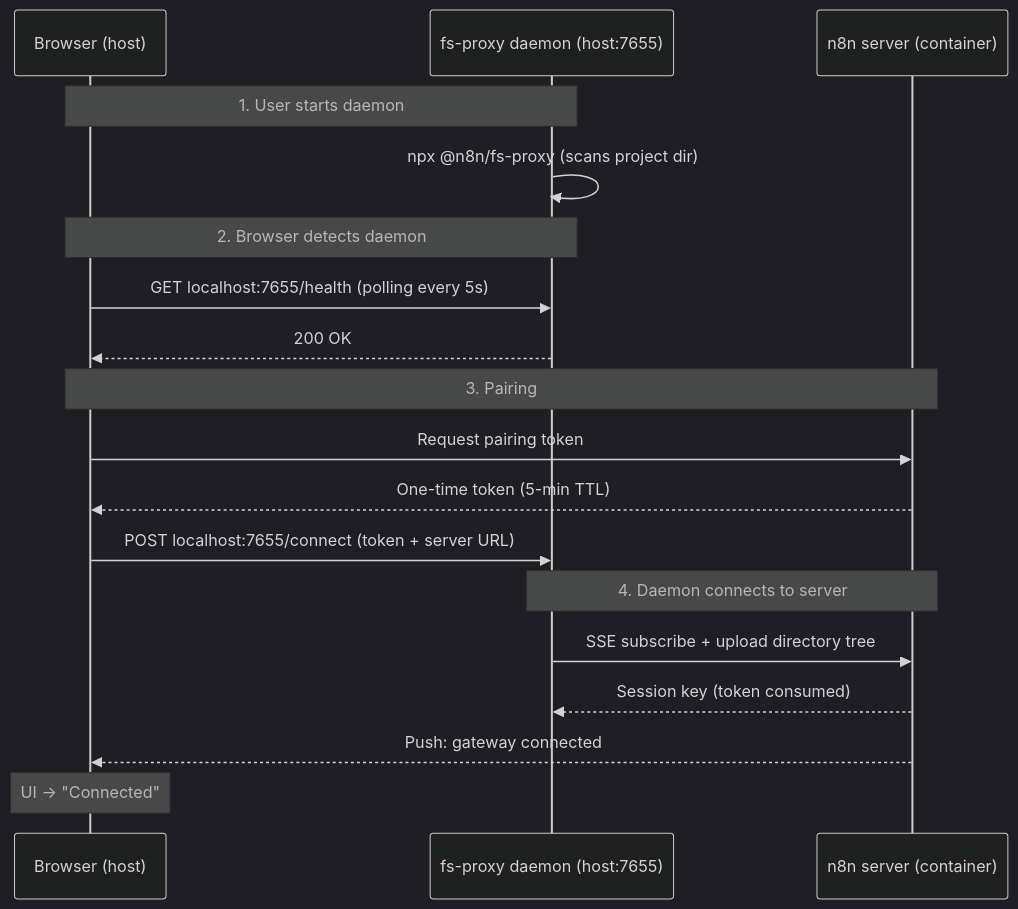
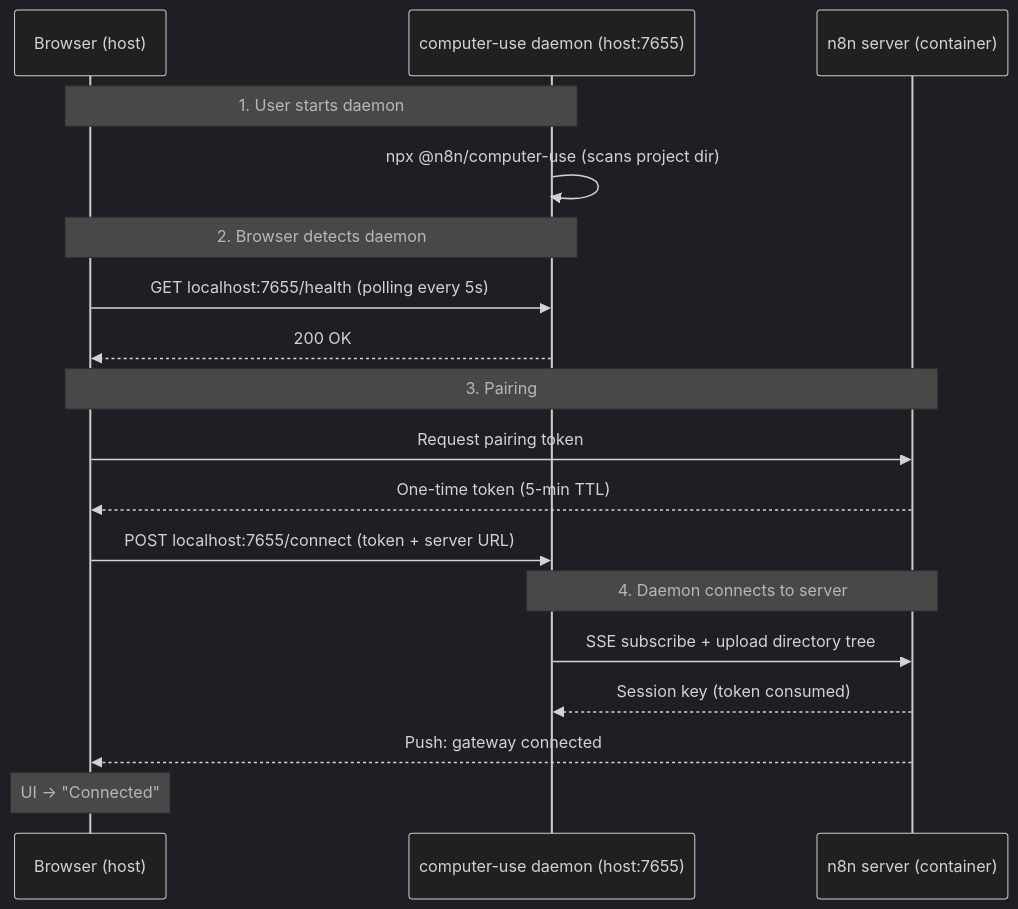
The second of 4 diagrams in packages/@n8n/instance-ai/docs/filesystem-access.md (mayankjain1815-commits/n8n), drawn with Mermaid (dark theme) before and after one commit. The commit also changed other lines of this file and 81 other files, not shown here.

````diff
--- a/packages/@n8n/instance-ai/docs/filesystem-access.md
+++ b/packages/@n8n/instance-ai/docs/filesystem-access.md
@@ -243,24 +243,24 @@
 ```mermaid
 sequenceDiagram
     participant Browser as Browser (host)
-    participant Daemon as fs-proxy daemon (host:7655)
+    participant Daemon as computer-use daemon (host:7655)
     participant Server as n8n server (container)
 
     Note over Browser,Daemon: 1. User starts daemon
-    Daemon->>Daemon: npx @n8n/fs-proxy (scans project dir)
+    Daemon->>Daemon: npx @n8n/computer-use (scans project dir)
 
     Note over Browser,Daemon: 2. Browser detects daemon
     Browser->>Daemon: GET localhost:7655/health (polling every 5s)
     Daemon-->>Browser: 200 OK
 
     Note over Browser,Server: 3. Pairing
     Browser->>Server: Request pairing token
     Server-->>Browser: One-time token (5-min TTL)
     Browser->>Daemon: POST localhost:7655/connect (token + server URL)
 
     Note over Daemon,Server: 4. Daemon connects to server
     Daemon->>Server: SSE subscribe + upload directory tree
     Server-->>Daemon: Session key (token consumed)
     Server-->>Browser: Push: gateway connected
     Note over Browser: UI → "Connected"
 ```
````
